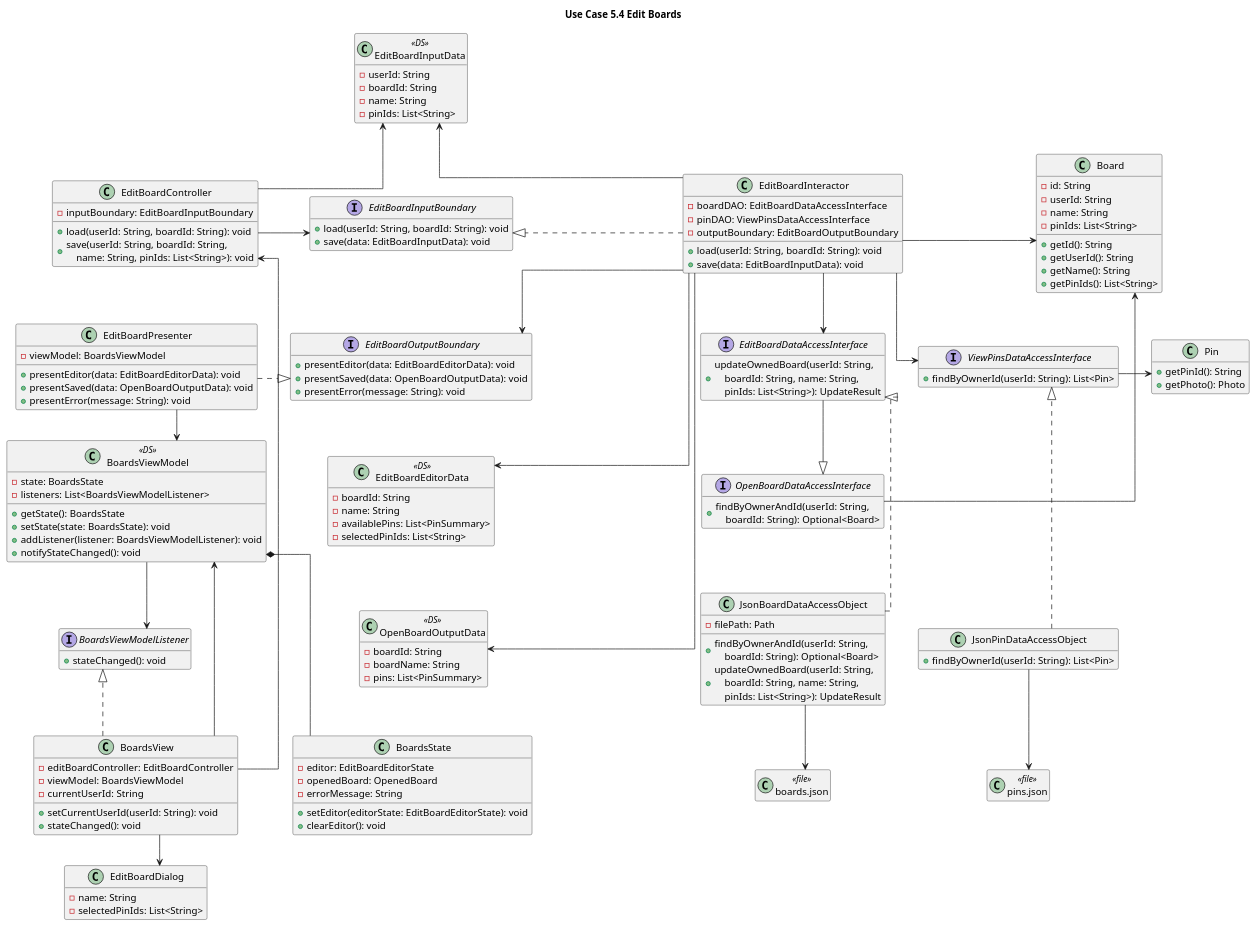
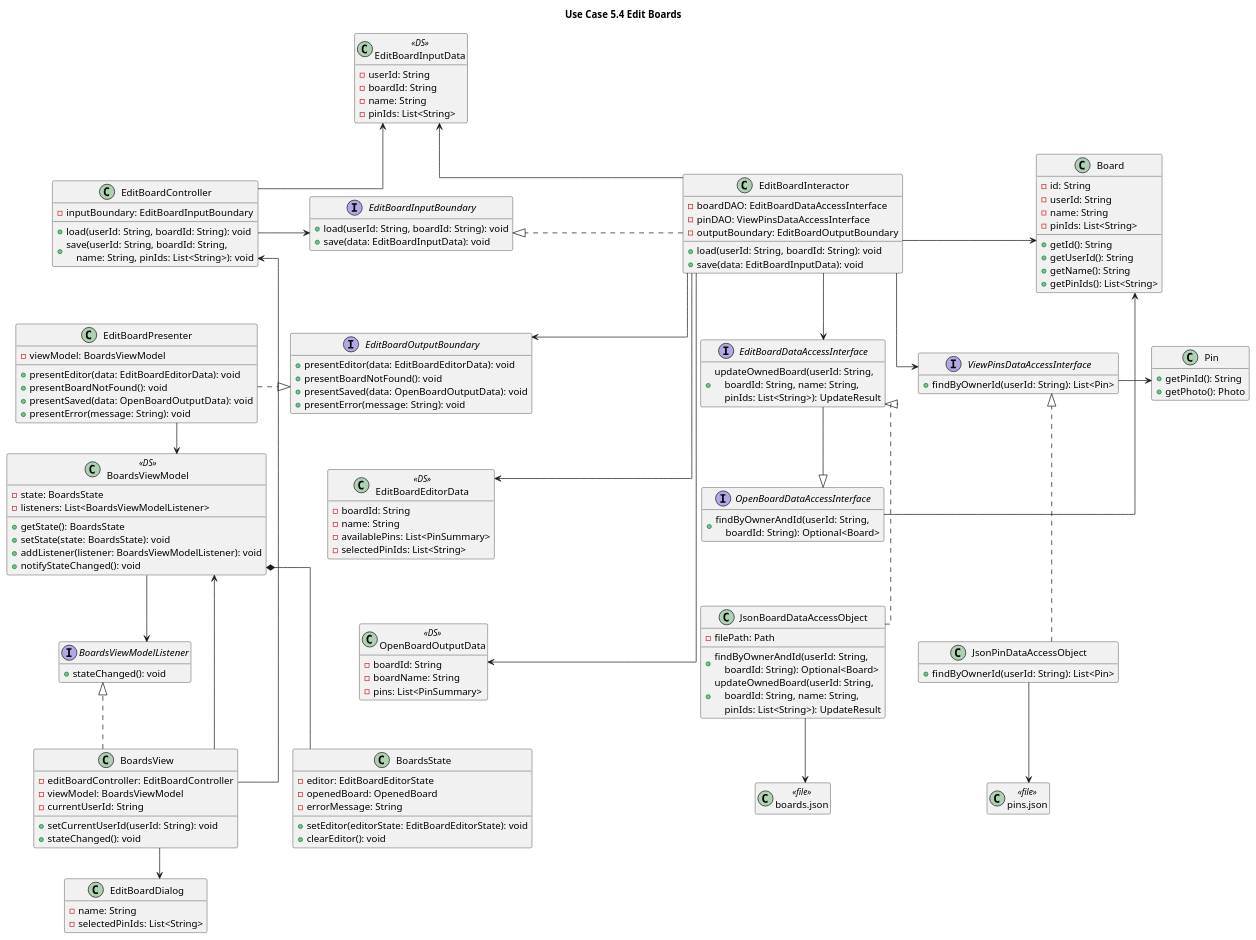
Before and after one commit to GabrielCastellon/team-project: the diagram in docs/EDIT_BOARDS_UML.puml, drawn with PlantUML. The commit also changed 16 other files, not shown here.

Commit message:
Audit Clean Architecture and strengthen code quality checks

```diff
--- a/docs/EDIT_BOARDS_UML.puml
+++ b/docs/EDIT_BOARDS_UML.puml
@@ -1,197 +1,199 @@
 @startuml
 title Use Case 5.4 Edit Boards
 top to bottom direction
 skinparam linetype ortho
 skinparam nodesep 48
 skinparam ranksep 45
 hide empty members
 
 ' Interface adapters
 class "EditBoardController" as Controller {
     - inputBoundary: EditBoardInputBoundary
     + load(userId: String, boardId: String): void
     + save(userId: String, boardId: String,\n    name: String, pinIds: List<String>): void
 }
 class "EditBoardPresenter" as Presenter {
     - viewModel: BoardsViewModel
     + presentEditor(data: EditBoardEditorData): void
+    + presentBoardNotFound(): void
     + presentSaved(data: OpenBoardOutputData): void
     + presentError(message: String): void
 }
 class "BoardsViewModel" as VM <<DS>> {
     - state: BoardsState
     - listeners: List<BoardsViewModelListener>
     + getState(): BoardsState
     + setState(state: BoardsState): void
     + addListener(listener: BoardsViewModelListener): void
     + notifyStateChanged(): void
 }
 class "BoardsState" as State {
     - editor: EditBoardEditorState
     - openedBoard: OpenedBoard
     - errorMessage: String
     + setEditor(editorState: EditBoardEditorState): void
     + clearEditor(): void
 }
 
 ' Application business rules
 class "EditBoardInputData" as InData <<DS>> {
     - userId: String
     - boardId: String
     - name: String
     - pinIds: List<String>
 }
 interface "EditBoardInputBoundary" as InPort {
     + load(userId: String, boardId: String): void
     + save(data: EditBoardInputData): void
 }
 interface "EditBoardOutputBoundary" as OutPort {
     + presentEditor(data: EditBoardEditorData): void
+    + presentBoardNotFound(): void
     + presentSaved(data: OpenBoardOutputData): void
     + presentError(message: String): void
 }
 class "EditBoardEditorData" as EditorData <<DS>> {
     - boardId: String
     - name: String
     - availablePins: List<PinSummary>
     - selectedPinIds: List<String>
 }
 class "OpenBoardOutputData" as OutData <<DS>> {
     - boardId: String
     - boardName: String
     - pins: List<PinSummary>
 }
 class "EditBoardInteractor" as UseCase {
     - boardDAO: EditBoardDataAccessInterface
     - pinDAO: ViewPinsDataAccessInterface
     - outputBoundary: EditBoardOutputBoundary
     + load(userId: String, boardId: String): void
     + save(data: EditBoardInputData): void
 }
 interface "EditBoardDataAccessInterface" as DAO {
     + updateOwnedBoard(userId: String,\n    boardId: String, name: String,\n    pinIds: List<String>): UpdateResult
 }
 interface "OpenBoardDataAccessInterface" as ReadDAO {
     + findByOwnerAndId(userId: String,\n    boardId: String): Optional<Board>
 }
 interface "ViewPinsDataAccessInterface" as PinDAO {
     + findByOwnerId(userId: String): List<Pin>
 }
 
 ' Enterprise business rules
 class Board {
     - id: String
     - userId: String
     - name: String
     - pinIds: List<String>
     + getId(): String
     + getUserId(): String
     + getName(): String
     + getPinIds(): List<String>
 }
 class Pin {
     + getPinId(): String
     + getPhoto(): Photo
 }
 
 ' Frameworks and drivers
 class "BoardsView" as V {
     - editBoardController: EditBoardController
     - viewModel: BoardsViewModel
     - currentUserId: String
     + setCurrentUserId(userId: String): void
     + stateChanged(): void
 }
 interface "BoardsViewModelListener" as Listener {
     + stateChanged(): void
 }
 class "EditBoardDialog" as Dialog {
     - name: String
     - selectedPinIds: List<String>
 }
 class "JsonBoardDataAccessObject" as JsonDAO {
     - filePath: Path
     + findByOwnerAndId(userId: String,\n    boardId: String): Optional<Board>
     + updateOwnedBoard(userId: String,\n    boardId: String, name: String,\n    pinIds: List<String>): UpdateResult
 }
 class "JsonPinDataAccessObject" as JsonPinDAO {
     + findByOwnerId(userId: String): List<Pin>
 }
 class "boards.json" as File <<file>>
 class "pins.json" as PinFile <<file>>
 
 ' Layout only
 Controller -[hidden]down-> Presenter
 Presenter -[hidden]down-> VM
 VM -[hidden]down-> Listener
 Listener -[hidden]down-> V
 V -[hidden]down-> Dialog
 
 InData -[hidden]down-> InPort
 InPort -[hidden]down-> OutPort
 OutPort -[hidden]down-> EditorData
 EditorData -[hidden]down-> OutData
 OutData -[hidden]down-> State
 
 UseCase -[hidden]down-> DAO
 DAO -[hidden]down-> ReadDAO
 ReadDAO -[hidden]down-> JsonDAO
 JsonDAO -[hidden]down-> File
 
 PinDAO -[hidden]down-> JsonPinDAO
 JsonPinDAO -[hidden]down-> PinFile
 
 Board -[hidden]down-> Pin
 
 Controller -[hidden]right-> InPort
 InPort -[hidden]right-> UseCase
 UseCase -[hidden]right-> Board
 
 Presenter -[hidden]right-> OutPort
 VM -[hidden]right-> EditorData
 
 DAO -[hidden]right-> PinDAO
 PinDAO -[hidden]right-> Pin
 
 JsonDAO -[hidden]right-> JsonPinDAO
 File -[hidden]right-> PinFile
 
 V -[hidden]right-> State
 
 ' View, controller, presenter, and listener
 V -[norank]-> Controller
 V -[norank]-> VM
 V .[norank].|> Listener
 V -[norank]-> Dialog
 
 VM -[norank]-> Listener
 VM *-[norank]- State
 
 Controller -[norank]-> InPort
 Controller -[norank]-> InData
 
 Presenter .[norank].|> OutPort
 Presenter -[norank]-> VM
 
 ' Interactor and its boundaries
 UseCase .[norank].|> InPort
 UseCase -[norank]-> InData
 UseCase -[norank]-> OutPort
 UseCase -[norank]-> EditorData
 UseCase -[norank]-> OutData
 UseCase -[norank]-> DAO
 UseCase -[norank]-> PinDAO
 UseCase -[norank]-> Board
 
 ' Persistence
 DAO -[norank]-|> ReadDAO
 ReadDAO -[norank]-> Board
 PinDAO -[norank]-> Pin
 
 JsonDAO .[norank].|> DAO
 JsonPinDAO .[norank].|> PinDAO
 
 JsonDAO -down-> File
 JsonPinDAO -down-> PinFile
 
 @enduml
```
